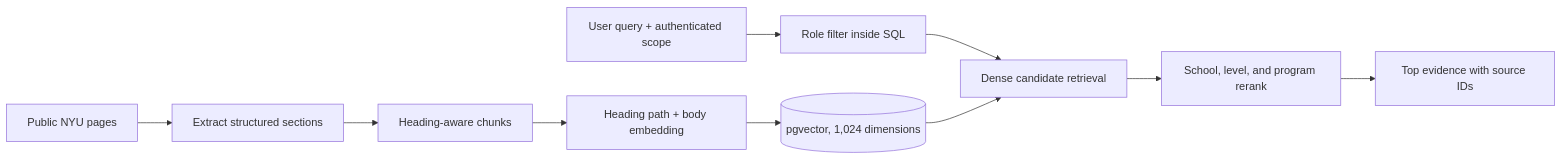
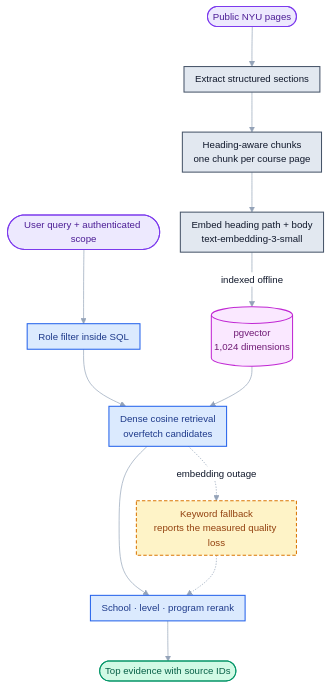
The second of 2 diagrams in README.md (pingan1224/Path-Pilot), drawn with Mermaid before and after one commit. The commit also changed other lines of this file and 1 other file, not shown here.

First line of the commit message:
docs: restyle the agent and RAG diagrams

````diff
--- a/README.md
+++ b/README.md
@@ -178,12 +204,37 @@
 ```mermaid
-flowchart LR
-    H["Public NYU pages"] --> E["Extract structured sections"]
-    E --> C["Heading-aware chunks"]
-    C --> B["Heading path + body embedding"]
-    B --> PG[("pgvector, 1,024 dimensions")]
-    Q["User query + authenticated scope"] --> F["Role filter inside SQL"]
-    F --> K["Dense candidate retrieval"]
+%%{init: {"theme":"base","themeVariables":{"fontFamily":"-apple-system, BlinkMacSystemFont, Segoe UI, Helvetica, Arial, sans-serif","fontSize":"14px","lineColor":"#94a3b8","primaryTextColor":"#0f172a","edgeLabelBackground":"#ffffff"},"flowchart":{"curve":"basis","nodeSpacing":30,"rankSpacing":58,"padding":8}}}%%
+flowchart TB
+    H(["Public NYU pages"])
+    E["Extract structured sections"]
+    C["Heading-aware chunks<br/>one chunk per course page"]
+    B["Embed heading path + body<br/>text-embedding-3-small"]
+    PG[("pgvector<br/>1,024 dimensions")]
+    Q(["User query + authenticated scope"])
+    F["Role filter inside SQL"]
+    K["Dense cosine retrieval<br/>overfetch candidates"]
+    FB["Keyword fallback<br/>reports the measured quality loss"]
+    RR["School · level · program rerank"]
+    TOP(["Top evidence with source IDs"])
+
+    H --> E --> C --> B
+    B -->|"indexed offline"| PG
+    Q --> F --> K
     PG --> K
-    K --> RR["School, level, and program rerank"]
-    RR --> TOP["Top evidence with source IDs"]
+    K --> RR --> TOP
+    K -.->|"embedding outage"| FB
+    FB -.-> RR
+
+    classDef entry fill:#ede9fe,stroke:#7c3aed,stroke-width:1.5px,color:#4c1d95
+    classDef ingest fill:#e2e8f0,stroke:#475569,stroke-width:1.5px,color:#0f172a
+    classDef store fill:#fae8ff,stroke:#c026d3,stroke-width:1.5px,color:#701a75
+    classDef step fill:#dbeafe,stroke:#2563eb,stroke-width:1.5px,color:#1e3a8a
+    classDef degraded fill:#fef3c7,stroke:#d97706,stroke-width:1.5px,color:#92400e,stroke-dasharray:5 3
+    classDef out fill:#d1fae5,stroke:#059669,stroke-width:1.5px,color:#065f46
+
+    class H,Q entry
+    class E,C,B ingest
+    class PG store
+    class F,K,RR step
+    class FB degraded
+    class TOP out
 ```
````
